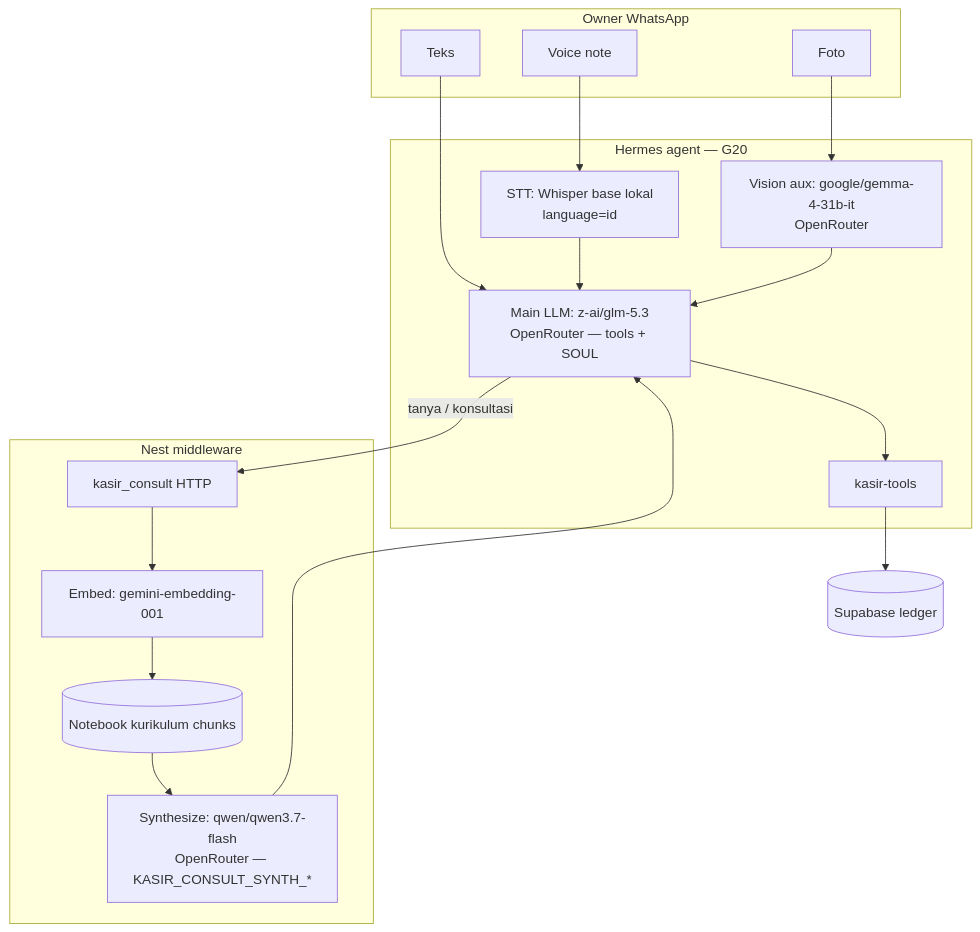
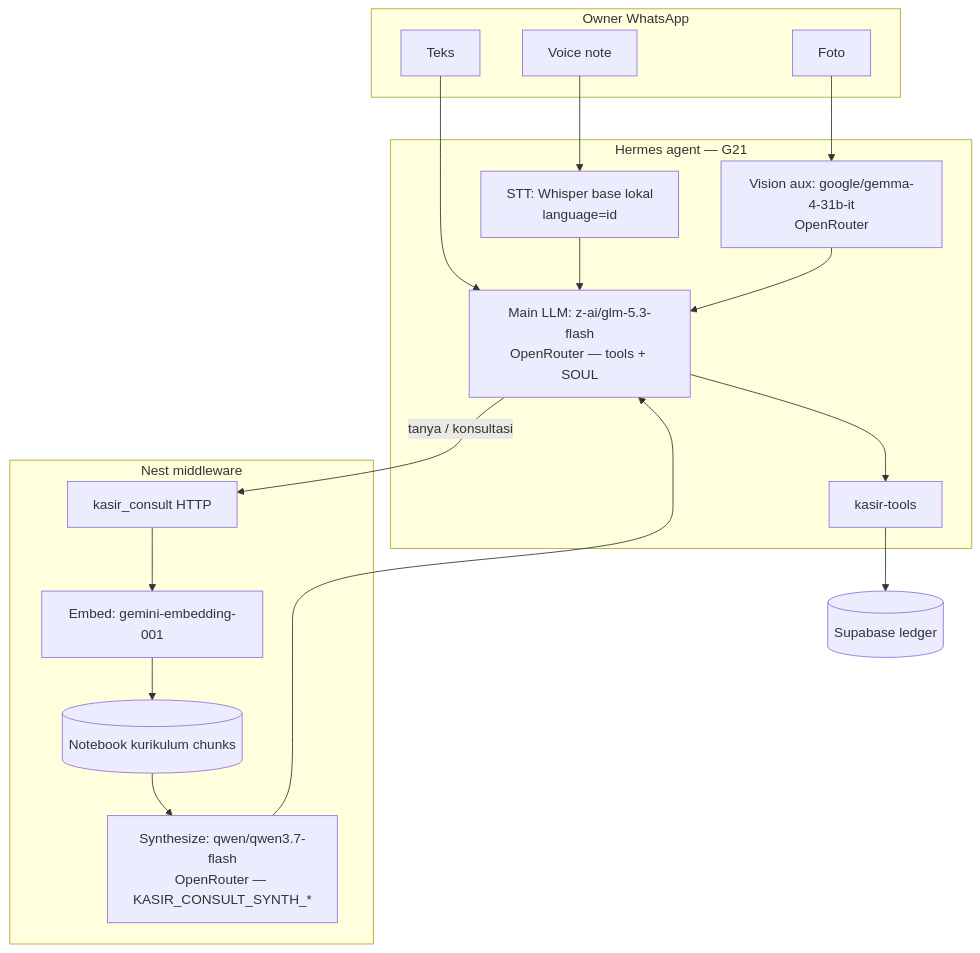
One commit to nusantarasoft/juragan-aibuilder-cup changed the diagram in diagrams/aistudio/umkm-wa/system/L10-model-stack.mmd. Above: the diagram before and after it, drawn with Mermaid. The commit also changed 11 other files, not shown here.

First line of the commit message:
feat(kasir): switch Hermes main to GLM 5.3 Flash for cost

```diff
--- a/diagrams/aistudio/umkm-wa/system/L10-model-stack.mmd
+++ b/diagrams/aistudio/umkm-wa/system/L10-model-stack.mmd
@@ -1,32 +1,32 @@
 %% System L10: model stack — which LLM/STT does which job (eng/ops)
 %% Sales-facing flows stay on L0*; this chart is cost/lock reference
 flowchart TB
   subgraph WA[Owner WhatsApp]
     T[Teks]
     V[Voice note]
     P[Foto]
   end
 
-  subgraph Hermes[Hermes agent — G20]
+  subgraph Hermes[Hermes agent — G21]
     STT[STT: Whisper base lokal<br/>language=id]
     VIS[Vision aux: google/gemma-4-31b-it<br/>OpenRouter]
-    MAIN[Main LLM: z-ai/glm-5.3<br/>OpenRouter — tools + SOUL]
+    MAIN[Main LLM: z-ai/glm-5.3-flash<br/>OpenRouter — tools + SOUL]
     TOOLS[kasir-tools]
   end
 
   subgraph Nest[Nest middleware]
     CONS[kasir_consult HTTP]
     EMB[Embed: gemini-embedding-001]
     SYN[Synthesize: qwen/qwen3.7-flash<br/>OpenRouter — KASIR_CONSULT_SYNTH_*]
     NB[(Notebook kurikulum chunks)]
   end
 
   T --> MAIN
   V --> STT --> MAIN
   P --> VIS --> MAIN
   MAIN --> TOOLS
   MAIN -->|tanya / konsultasi| CONS
   CONS --> EMB --> NB
   NB --> SYN
   SYN --> MAIN
   TOOLS --> DB[(Supabase ledger)]
```
